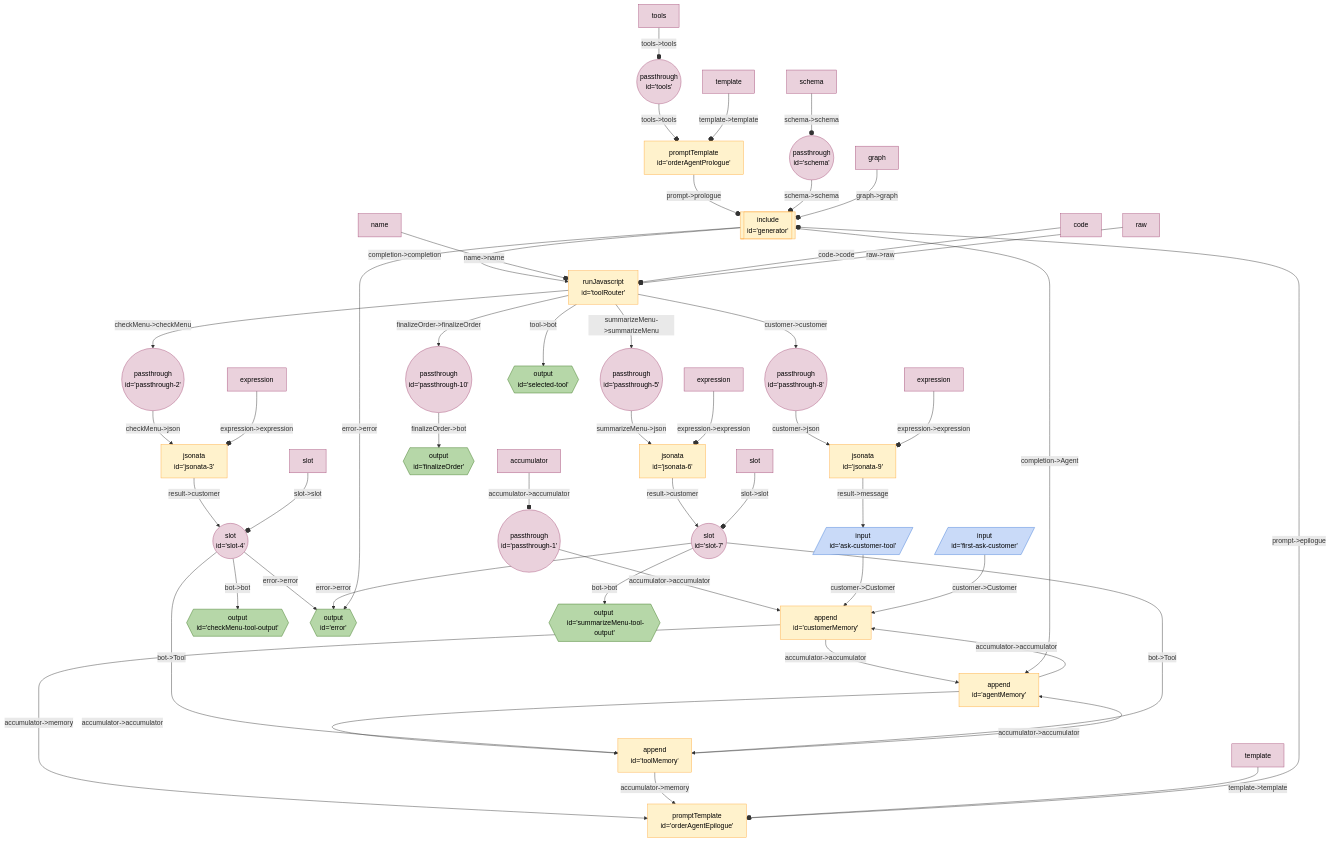
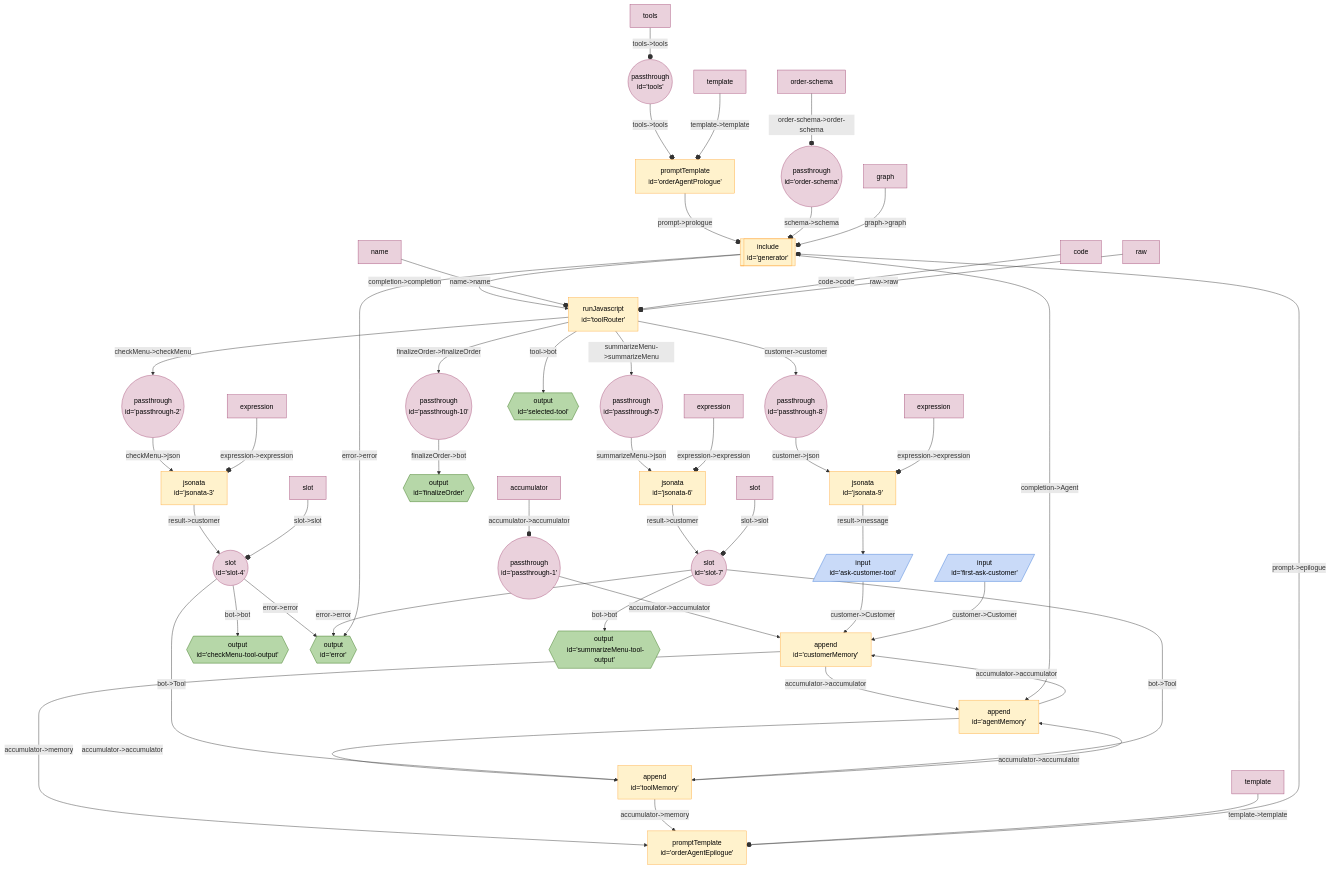
Before and after one commit to breadboard-ai/breadboard: the diagram in seeds/coffee-bot-board/docs/order-agent.md, drawn with Mermaid. The commit also changed 5 other files, not shown here.

````diff
--- a/seeds/coffee-bot-board/docs/order-agent.md
+++ b/seeds/coffee-bot-board/docs/order-agent.md
@@ -3,60 +3,60 @@
 ```mermaid
 %%{init: 'themeVariables': { 'fontFamily': 'Fira Code, monospace' }}%%
 graph TD;
 tools(("passthrough <br> id='tools'")):::passthrough -- "tools->tools" --o orderAgentPrologue["promptTemplate <br> id='orderAgentPrologue'"]
 passthrough1(("passthrough <br> id='passthrough-1'")):::passthrough -- "accumulator->accumulator" --> customerMemory["append <br> id='customerMemory'"]
 customerMemory["append <br> id='customerMemory'"] -- "accumulator->accumulator" --> agentMemory["append <br> id='agentMemory'"]
 agentMemory["append <br> id='agentMemory'"] -- "accumulator->accumulator" --> toolMemory["append <br> id='toolMemory'"]
 agentMemory["append <br> id='agentMemory'"] -- "accumulator->accumulator" --> customerMemory["append <br> id='customerMemory'"]
 toolMemory["append <br> id='toolMemory'"] -- "accumulator->accumulator" --> agentMemory["append <br> id='agentMemory'"]
 customerMemory["append <br> id='customerMemory'"] -- "accumulator->memory" --> orderAgentEpilogue["promptTemplate <br> id='orderAgentEpilogue'"]
 toolMemory["append <br> id='toolMemory'"] -- "accumulator->memory" --> orderAgentEpilogue["promptTemplate <br> id='orderAgentEpilogue'"]
 slot4(("slot <br> id='slot-4'")):::slot -- "bot->Tool" --> toolMemory["append <br> id='toolMemory'"]
 slot4(("slot <br> id='slot-4'")):::slot -- "bot->bot" --> checkMenutooloutput{{"output <br> id='checkMenu-tool-output'"}}:::output
 slot4(("slot <br> id='slot-4'")):::slot -- "error->error" --> error{{"output <br> id='error'"}}:::output
 jsonata3["jsonata <br> id='jsonata-3'"] -- "result->customer" --> slot4(("slot <br> id='slot-4'")):::slot
 passthrough2(("passthrough <br> id='passthrough-2'")):::passthrough -- "checkMenu->json" --> jsonata3["jsonata <br> id='jsonata-3'"]
 slot7(("slot <br> id='slot-7'")):::slot -- "bot->Tool" --> toolMemory["append <br> id='toolMemory'"]
 slot7(("slot <br> id='slot-7'")):::slot -- "bot->bot" --> summarizeMenutooloutput{{"output <br> id='summarizeMenu-tool-output'"}}:::output
 slot7(("slot <br> id='slot-7'")):::slot -- "error->error" --> error{{"output <br> id='error'"}}:::output
 jsonata6["jsonata <br> id='jsonata-6'"] -- "result->customer" --> slot7(("slot <br> id='slot-7'")):::slot
 passthrough5(("passthrough <br> id='passthrough-5'")):::passthrough -- "summarizeMenu->json" --> jsonata6["jsonata <br> id='jsonata-6'"]
 askcustomertool[/"input <br> id='ask-customer-tool'"/]:::input -- "customer->Customer" --> customerMemory["append <br> id='customerMemory'"]
 jsonata9["jsonata <br> id='jsonata-9'"] -- "result->message" --> askcustomertool[/"input <br> id='ask-customer-tool'"/]:::input
 passthrough8(("passthrough <br> id='passthrough-8'")):::passthrough -- "customer->json" --> jsonata9["jsonata <br> id='jsonata-9'"]
 passthrough10(("passthrough <br> id='passthrough-10'")):::passthrough -- "finalizeOrder->bot" --> finalizeOrder{{"output <br> id='finalizeOrder'"}}:::output
 toolRouter["runJavascript <br> id='toolRouter'"] -- "tool->bot" --> selectedtool{{"output <br> id='selected-tool'"}}:::output
 toolRouter["runJavascript <br> id='toolRouter'"] -- "customer->customer" --> passthrough8(("passthrough <br> id='passthrough-8'")):::passthrough
 toolRouter["runJavascript <br> id='toolRouter'"] -- "checkMenu->checkMenu" --> passthrough2(("passthrough <br> id='passthrough-2'")):::passthrough
 toolRouter["runJavascript <br> id='toolRouter'"] -- "summarizeMenu->summarizeMenu" --> passthrough5(("passthrough <br> id='passthrough-5'")):::passthrough
 toolRouter["runJavascript <br> id='toolRouter'"] -- "finalizeOrder->finalizeOrder" --> passthrough10(("passthrough <br> id='passthrough-10'")):::passthrough
 firstaskcustomer[/"input <br> id='first-ask-customer'"/]:::input -- "customer->Customer" --> customerMemory["append <br> id='customerMemory'"]
 orderAgentPrologue["promptTemplate <br> id='orderAgentPrologue'"] -- "prompt->prologue" --o generator[["include <br> id='generator'"]]:::include
 orderAgentEpilogue["promptTemplate <br> id='orderAgentEpilogue'"] -- "prompt->epilogue" --o generator[["include <br> id='generator'"]]:::include
-schema(("passthrough <br> id='schema'")):::passthrough -- "schema->schema" --o generator[["include <br> id='generator'"]]:::include
+orderschema(("passthrough <br> id='order-schema'")):::passthrough -- "schema->schema" --o generator[["include <br> id='generator'"]]:::include
 generator[["include <br> id='generator'"]]:::include -- "completion->completion" --> toolRouter["runJavascript <br> id='toolRouter'"]
 generator[["include <br> id='generator'"]]:::include -- "completion->Agent" --> agentMemory["append <br> id='agentMemory'"]
 generator[["include <br> id='generator'"]]:::include -- "error->error" --> error{{"output <br> id='error'"}}:::output
 templateorderAgentPrologue[template]:::config -- "template->template" --o orderAgentPrologue
 toolstools[tools]:::config -- "tools->tools" --o tools
-schemaschema[schema]:::config -- "schema->schema" --o schema
+orderschemaorderschema[order-schema]:::config -- "order-schema->order-schema" --o orderschema
 templateorderAgentEpilogue[template]:::config -- "template->template" --o orderAgentEpilogue
 accumulatorpassthrough1[accumulator]:::config -- "accumulator->accumulator" --o passthrough1
 expressionjsonata3[expression]:::config -- "expression->expression" --o jsonata3
 slotslot4[slot]:::config -- "slot->slot" --o slot4
 expressionjsonata6[expression]:::config -- "expression->expression" --o jsonata6
 slotslot7[slot]:::config -- "slot->slot" --o slot7
 expressionjsonata9[expression]:::config -- "expression->expression" --o jsonata9
 nametoolRouter[name]:::config -- "name->name" --o toolRouter
 codetoolRouter[code]:::config -- "code->code" --o toolRouter
 rawtoolRouter[raw]:::config -- "raw->raw" --o toolRouter
 graphgenerator[graph]:::config -- "graph->graph" --o generator
 classDef default stroke:#ffab40,fill:#fff2ccff,color:#000
 classDef input stroke:#3c78d8,fill:#c9daf8ff,color:#000
 classDef output stroke:#38761d,fill:#b6d7a8ff,color:#000
 classDef passthrough stroke:#a64d79,fill:#ead1dcff,color:#000
 classDef slot stroke:#a64d79,fill:#ead1dcff,color:#000
 classDef config stroke:#a64d79,fill:#ead1dcff,color:#000
 classDef secrets stroke:#db4437,fill:#f4cccc,color:#000
 classDef slotted stroke:#a64d79
 ```
````
